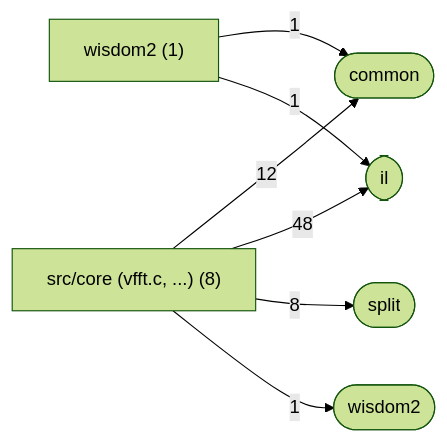
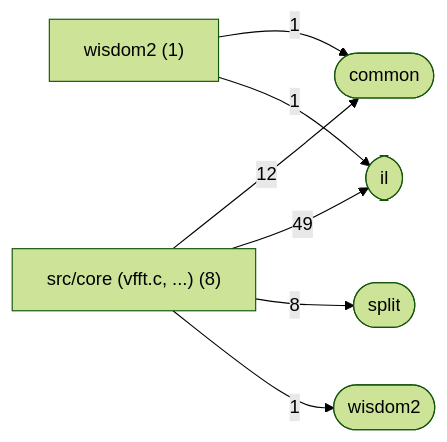
One commit to Tugbars/VectorFFT changed the fourth of 4 diagrams in docs/architecture/generated/folders.md. Above: the diagram before and after it, drawn with Mermaid (forest theme). The commit also changed other lines of this file and 14 other files, not shown here.

First line of the commit message:
Architecture pages regenerated for il/real/dst.h and real_role.h

````diff
--- a/docs/architecture/generated/folders.md
+++ b/docs/architecture/generated/folders.md
@@ -88,15 +88,15 @@
 ```mermaid
 flowchart LR
     n__core_["src/core (vfft.c, ...) (8)"]
     n_wisdom2["wisdom2 (1)"]
     n_zone_common(["common"])
     n_zone_il(["il"])
     n_zone_split(["split"])
     n_zone_wisdom2(["wisdom2"])
     n__core_ -->|12| n_zone_common
-    n__core_ -->|48| n_zone_il
+    n__core_ -->|49| n_zone_il
     n__core_ -->|8| n_zone_split
     n__core_ -->|1| n_zone_wisdom2
     n_wisdom2 -->|1| n_zone_common
     n_wisdom2 -->|1| n_zone_il
 ```
````
